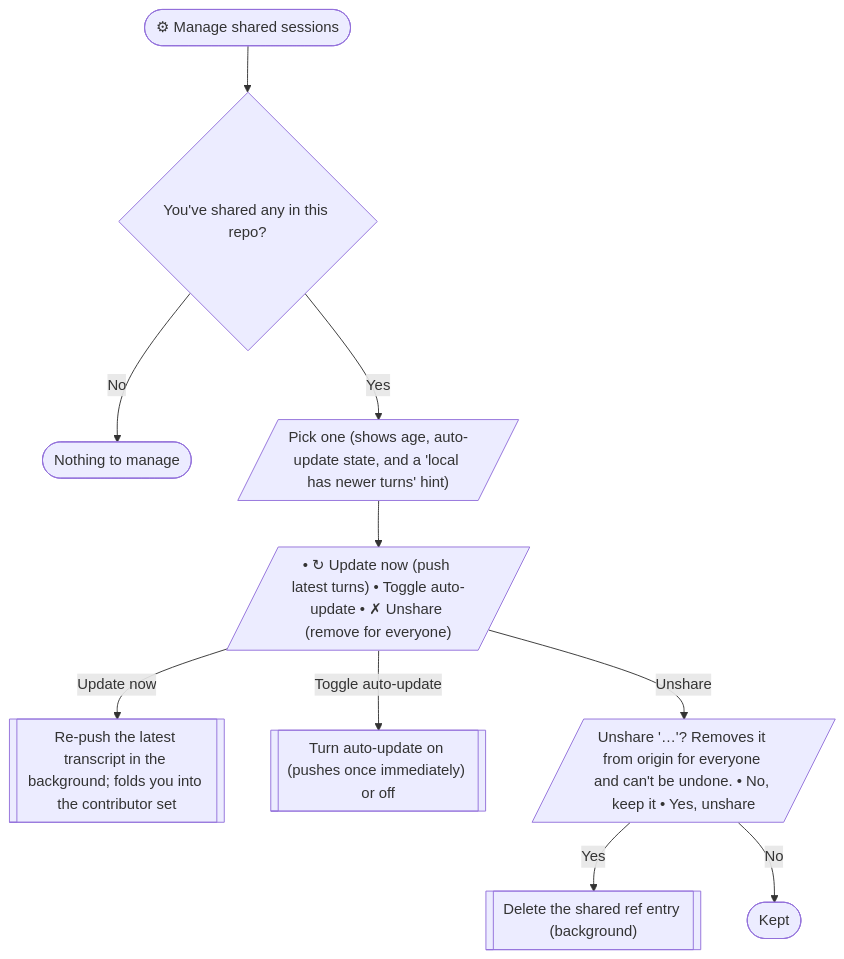
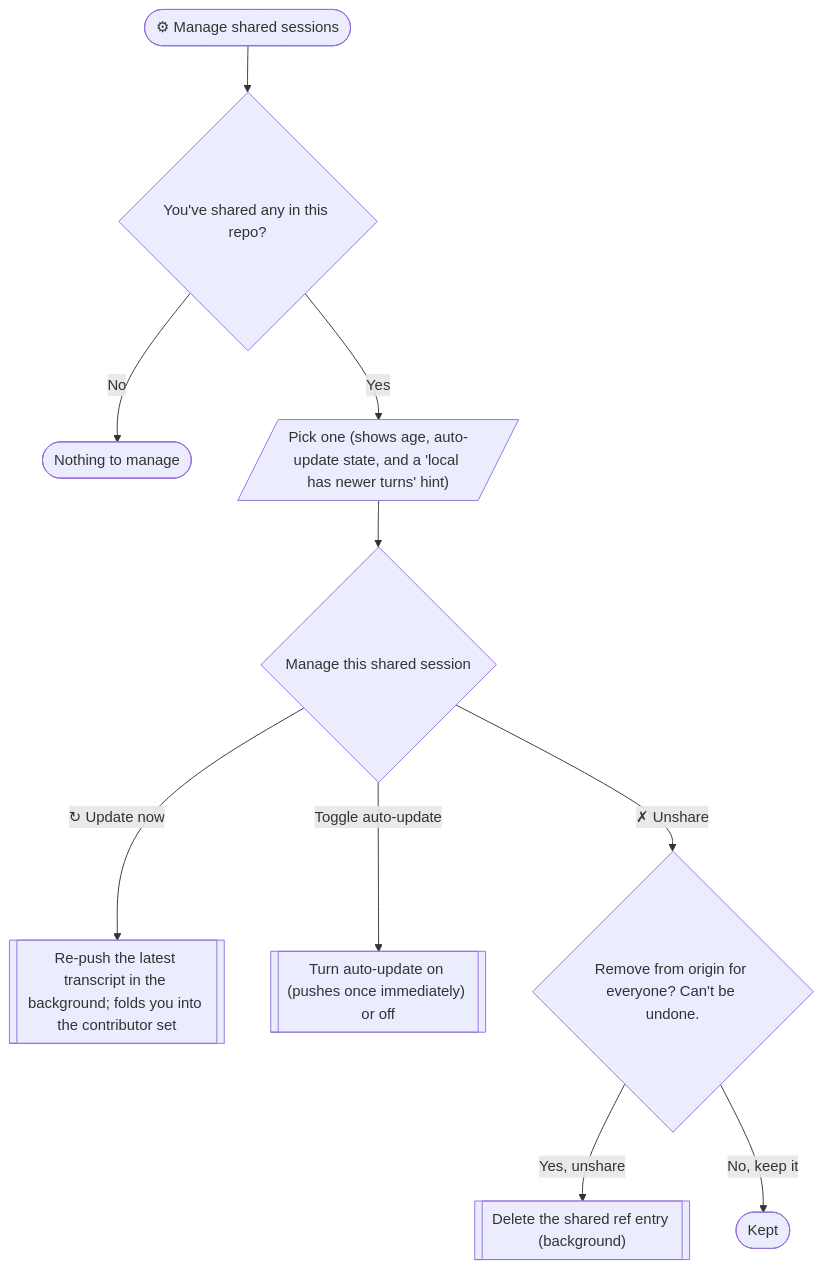
Diagram 14 of 15 in docs/user-flow.md (core-aix/agitrack), drawn with Mermaid before and after one commit. The commit also changed other lines of this file and 3 other files, not shown here.

````diff
--- a/docs/user-flow.md
+++ b/docs/user-flow.md
@@ -502,12 +503,12 @@
 ```mermaid
 flowchart TD
   mg(["⚙ Manage shared sessions"]) --> mine{"You've shared any in this repo?"}
   mine -->|No| nonem(["Nothing to manage"])
   mine -->|Yes| pickm[/"Pick one (shows age, auto-update state, and a 'local has newer turns' hint)"/]
-  pickm --> act[/"• ↻ Update now (push latest turns) • Toggle auto-update • ✗ Unshare (remove for everyone)"/]
-  act -->|Update now| upd[["Re-push the latest transcript in the background; folds you into the contributor set"]]
+  pickm --> act{"Manage this shared session"}
+  act -->|↻ Update now| upd[["Re-push the latest transcript in the background; folds you into the contributor set"]]
   act -->|Toggle auto-update| tog[["Turn auto-update on (pushes once immediately) or off"]]
-  act -->|Unshare| uconf[/"Unshare '…'? Removes it from origin for everyone and can't be undone. • No, keep it • Yes, unshare"/]
-  uconf -->|Yes| undo[["Delete the shared ref entry (background)"]]
-  uconf -->|No| keepm(["Kept"])
+  act -->|✗ Unshare| uconf{"Remove from origin for everyone? Can't be undone."}
+  uconf -->|Yes, unshare| undo[["Delete the shared ref entry (background)"]]
+  uconf -->|No, keep it| keepm(["Kept"])
 ```
````
